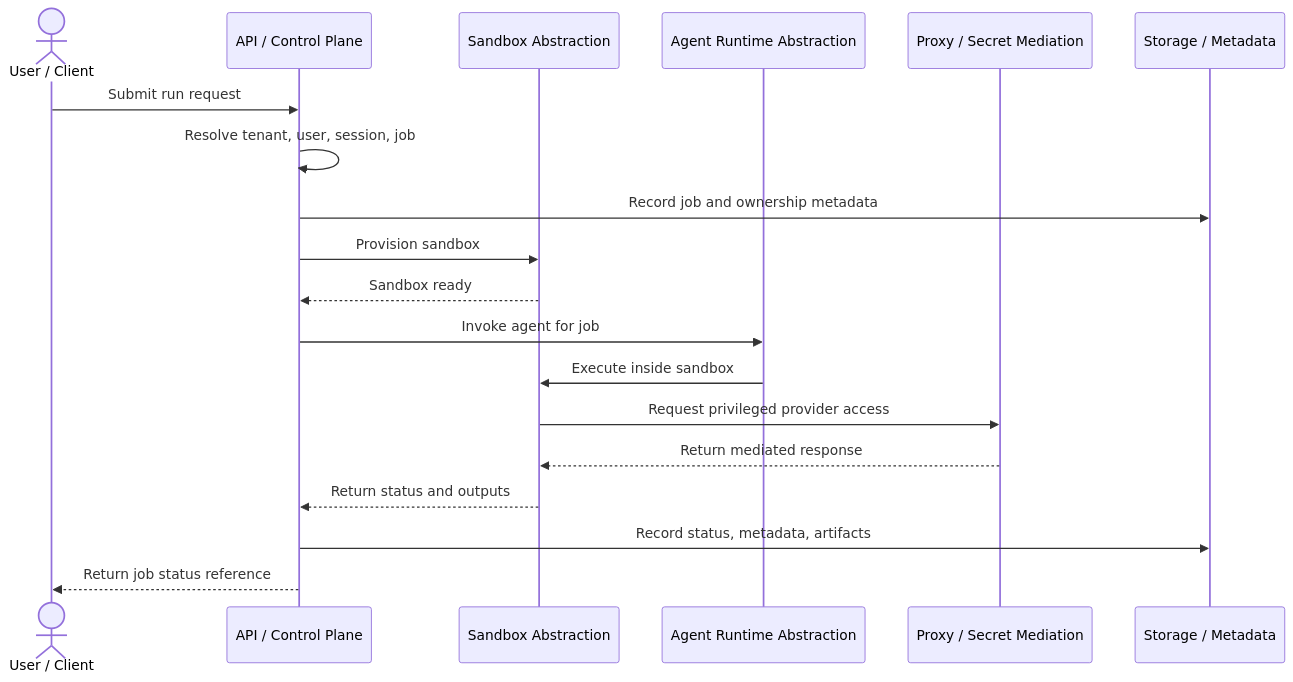
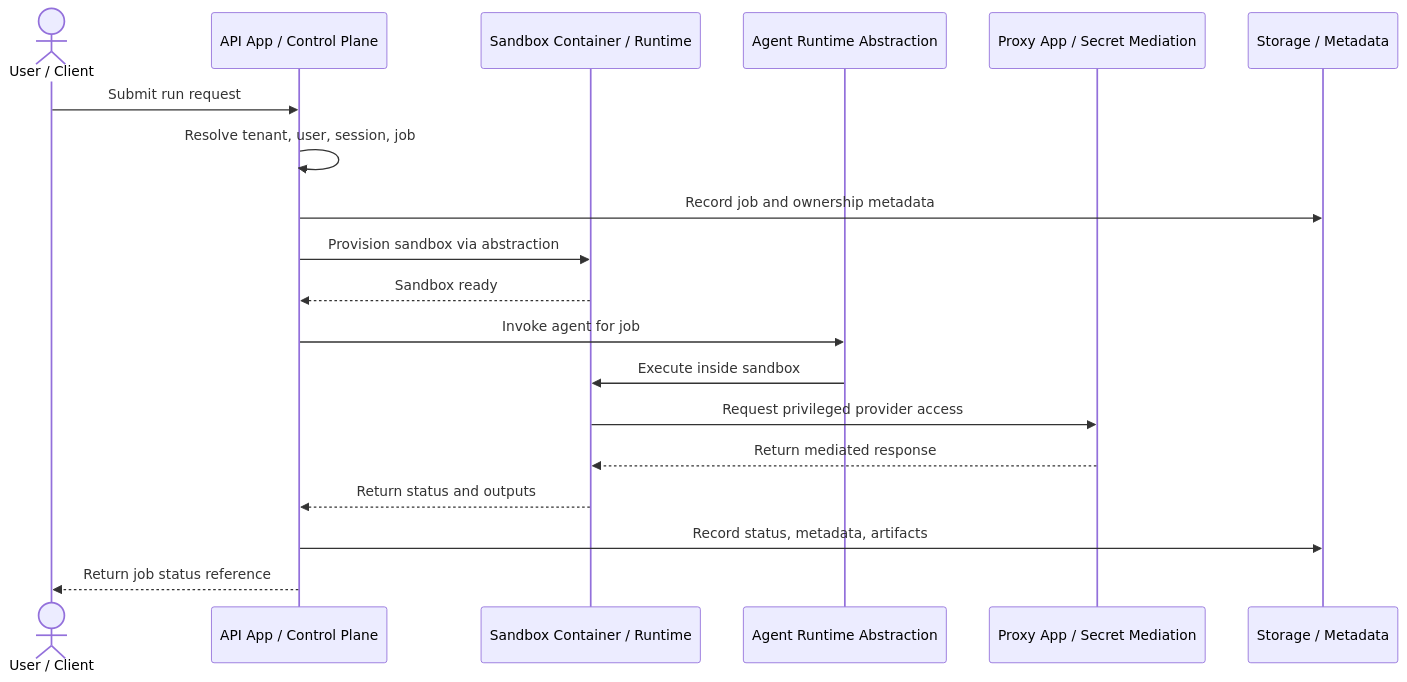
Before and after one commit to wontaeJeong/agentsty: the second of 2 diagrams in docs/architecture.md, drawn with Mermaid. The commit also changed other lines of this file and 1 other file, not shown here.

Commit message:
Add service-oriented architecture diagram

````diff
--- a/docs/architecture.md
+++ b/docs/architecture.md
@@ -114,22 +121,22 @@
 ```mermaid
 sequenceDiagram
     actor U as User / Client
-    participant API as API / Control Plane
-    participant SB as Sandbox Abstraction
+    participant API as API App / Control Plane
+    participant SB as Sandbox Container / Runtime
     participant AR as Agent Runtime Abstraction
-    participant PX as Proxy / Secret Mediation
+    participant PX as Proxy App / Secret Mediation
     participant ST as Storage / Metadata
 
     U->>API: Submit run request
     API->>API: Resolve tenant, user, session, job
     API->>ST: Record job and ownership metadata
-    API->>SB: Provision sandbox
+    API->>SB: Provision sandbox via abstraction
     SB-->>API: Sandbox ready
     API->>AR: Invoke agent for job
     AR->>SB: Execute inside sandbox
     SB->>PX: Request privileged provider access
     PX-->>SB: Return mediated response
     SB-->>API: Return status and outputs
     API->>ST: Record status, metadata, artifacts
     API-->>U: Return job status reference
 ```
````
